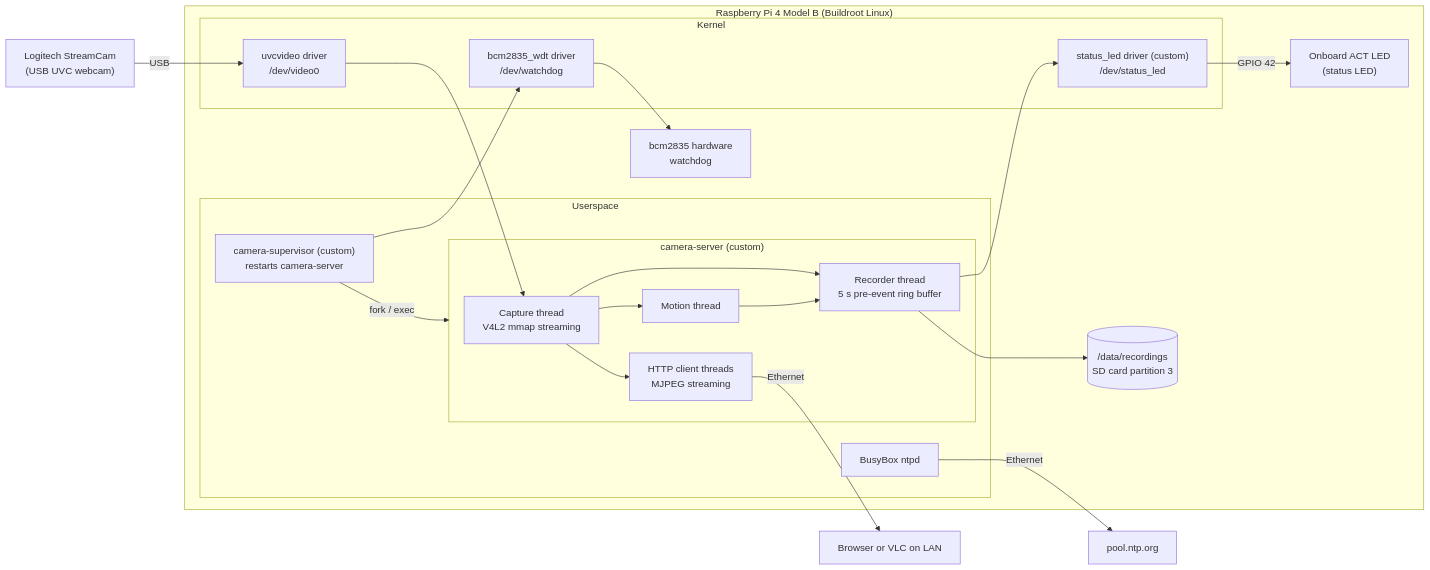
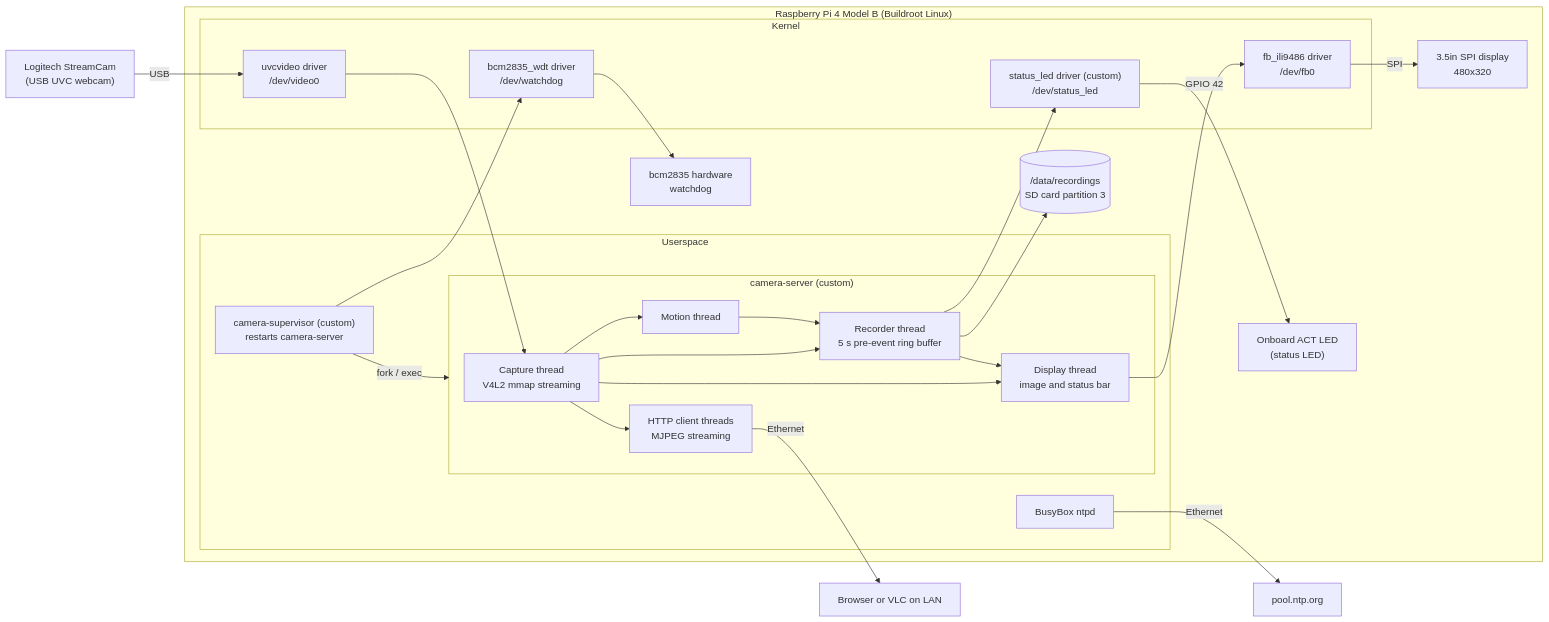
The diagram in wiki/Project-Overview.md (seto2103/aeld-final-project), drawn with Mermaid before and after one commit. The commit also changed other lines of this file and 13 other files, not shown here.

Commit message:
Show the camera image and recording status on the 3.5 inch SPI display.

````diff
--- a/wiki/Project-Overview.md
+++ b/wiki/Project-Overview.md
@@ -32,38 +32,45 @@
 ```mermaid
 flowchart LR
     CAM["Logitech StreamCam<br/>(USB UVC webcam)"] -- USB --> UVC
 
     subgraph PI["Raspberry Pi 4 Model B (Buildroot Linux)"]
         LED["Onboard ACT LED<br/>(status LED)"]
+        LCD["3.5in SPI display<br/>480x320"]
         WDT["bcm2835 hardware<br/>watchdog"]
         subgraph KERNEL["Kernel"]
             UVC["uvcvideo driver<br/>/dev/video0"]
             DRV["status_led driver (custom)<br/>/dev/status_led"]
+            FB["fb_ili9486 driver<br/>/dev/fb0"]
             WDDEV["bcm2835_wdt driver<br/>/dev/watchdog"]
         end
         subgraph USER["Userspace"]
             SUP["camera-supervisor (custom)<br/>restarts camera-server"]
             subgraph SRV["camera-server (custom)"]
                 CAP["Capture thread<br/>V4L2 mmap streaming"]
                 HTTP["HTTP client threads<br/>MJPEG streaming"]
                 MOT["Motion thread"]
                 REC["Recorder thread<br/>5 s pre-event ring buffer"]
+                DISP["Display thread<br/>image and status bar"]
             end
             NTP["BusyBox ntpd"]
         end
         UVC --> CAP
         CAP --> HTTP
         CAP --> MOT
         CAP --> REC
         MOT --> REC
         REC --> DRV
         DRV -- GPIO 42 --> LED
+        CAP --> DISP
+        REC --> DISP
+        DISP --> FB
+        FB -- SPI --> LCD
         REC --> SD[("/data/recordings<br/>SD card partition 3")]
         SUP -- "fork / exec" --> SRV
         SUP --> WDDEV
         WDDEV --> WDT
     end
 
     HTTP -- Ethernet --> BROWSER["Browser or VLC on LAN"]
     NTP -- Ethernet --> POOL["pool.ntp.org"]
 ```
````
